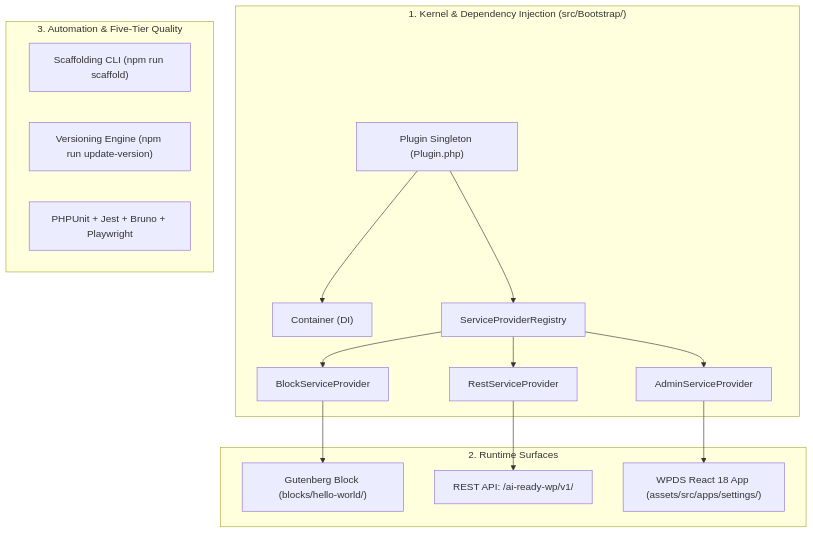
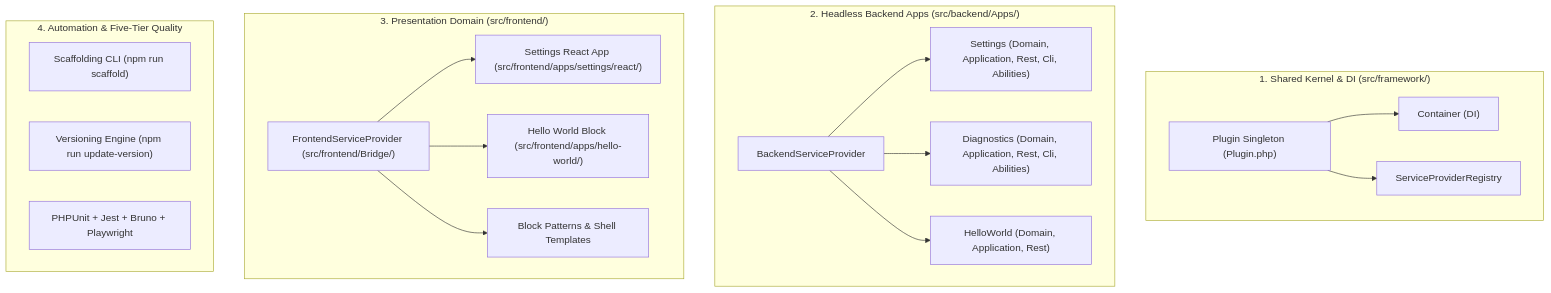
One commit to blackandcode/ai-ready-wp-plugin-boilerplate changed the first of 2 diagrams in README.md. Above: the diagram before and after it, drawn with Mermaid. The commit also changed other lines of this file and 265 other files, not shown here.

````diff
--- a/README.md
+++ b/README.md
@@ -48,25 +49,33 @@
 ```mermaid
 flowchart TD
-    subgraph Bootstrap ["1. Kernel & Dependency Injection (src/Bootstrap/)"]
+    subgraph Framework ["1. Shared Kernel & DI (src/framework/)"]
         Plugin["Plugin Singleton (Plugin.php)"] --> Container["Container (DI)"]
         Plugin --> Registry["ServiceProviderRegistry"]
-        Registry --> RestProvider["RestServiceProvider"]
-        Registry --> AdminProvider["AdminServiceProvider"]
-        Registry --> BlockProvider["BlockServiceProvider"]
     end
 
-    subgraph RuntimeSurfaces ["2. Runtime Surfaces"]
-        Block["Gutenberg Block (blocks/hello-world/)"]
-        RestAPI["REST API: /ai-ready-wp/v1/"]
-        AdminReact["WPDS React 18 App (assets/src/apps/settings/)"]
-        BlockProvider --> Block
-        RestProvider --> RestAPI
-        AdminProvider --> AdminReact
+    subgraph BackendApps ["2. Headless Backend Apps (src/backend/Apps/)"]
+        BackendProv["BackendServiceProvider"]
+        SettingsApp["Settings (Domain, Application, Rest, Cli, Abilities)"]
+        DiagApp["Diagnostics (Domain, Application, Rest, Cli, Abilities)"]
+        HelloApp["HelloWorld (Domain, Application, Rest)"]
+        BackendProv --> SettingsApp
+        BackendProv --> DiagApp
+        BackendProv --> HelloApp
     end
 
-    subgraph AutomationAndQuality ["3. Automation & Five-Tier Quality"]
+    subgraph FrontendPresentation ["3. Presentation Domain (src/frontend/)"]
+        FrontendProv["FrontendServiceProvider (src/frontend/Bridge/)"]
+        SettingsAdmin["Settings React App (src/frontend/apps/settings/react/)"]
+        HelloBlock["Hello World Block (src/frontend/apps/hello-world/)"]
+        Patterns["Block Patterns & Shell Templates"]
+        FrontendProv --> SettingsAdmin
+        FrontendProv --> HelloBlock
+        FrontendProv --> Patterns
+    end
+
+    subgraph AutomationAndQuality ["4. Automation & Five-Tier Quality"]
         ScaffoldCLI["Scaffolding CLI (npm run scaffold)"]
         VersionCLI["Versioning Engine (npm run update-version)"]
         TestPyramid["PHPUnit + Jest + Bruno + Playwright"]
     end
 ```
````
